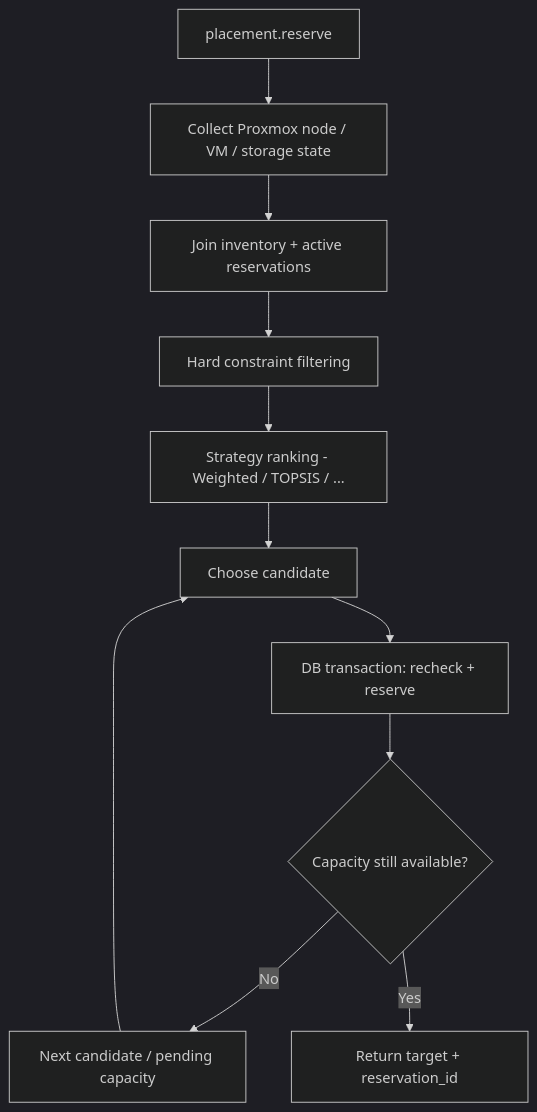
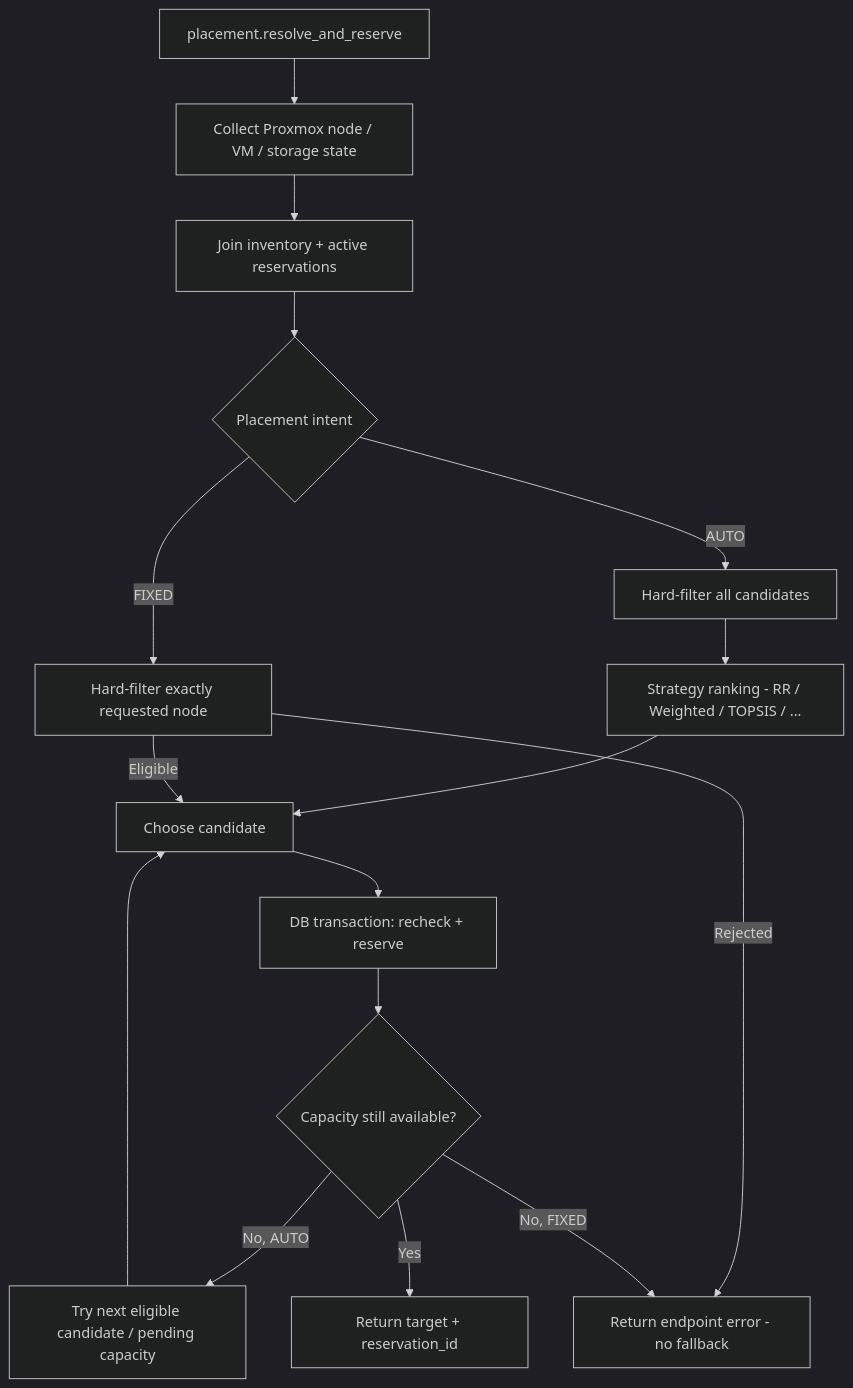
One commit to chiennc4805/proxmox-load-balancer changed the eighth of 8 diagrams in README.md. Above: the diagram before and after it, drawn with Mermaid (dark theme). The commit also changed other lines of this file and 1 other file, not shown here.

````diff
--- a/README.md
+++ b/README.md
@@ -517,13 +572,18 @@
 ```mermaid
 flowchart TD
-    A[placement.reserve] --> B[Collect Proxmox node / VM / storage state]
+    A[placement.resolve_and_reserve] --> B[Collect Proxmox node / VM / storage state]
     B --> C[Join inventory + active reservations]
-    C --> D[Hard constraint filtering]
-    D --> E[Strategy ranking - Weighted / TOPSIS / ...]
-    E --> F[Choose candidate]
-    F --> G[DB transaction: recheck + reserve]
-    G --> H{Capacity still available?}
-    H -->|No| I[Next candidate / pending capacity]
-    I --> F
-    H -->|Yes| J[Return target + reservation_id]
+    C --> D{Placement intent}
+    D -->|AUTO| E[Hard-filter all candidates]
+    E --> F[Strategy ranking - RR / Weighted / TOPSIS / ...]
+    F --> G[Choose candidate]
+    D -->|FIXED| H[Hard-filter exactly requested node]
+    H -->|Rejected| X[Return endpoint error - no fallback]
+    H -->|Eligible| G
+    G --> I[DB transaction: recheck + reserve]
+    I --> J{Capacity still available?}
+    J -->|No, AUTO| K[Try next eligible candidate / pending capacity]
+    K --> G
+    J -->|No, FIXED| X
+    J -->|Yes| L[Return target + reservation_id]
 ```
````
